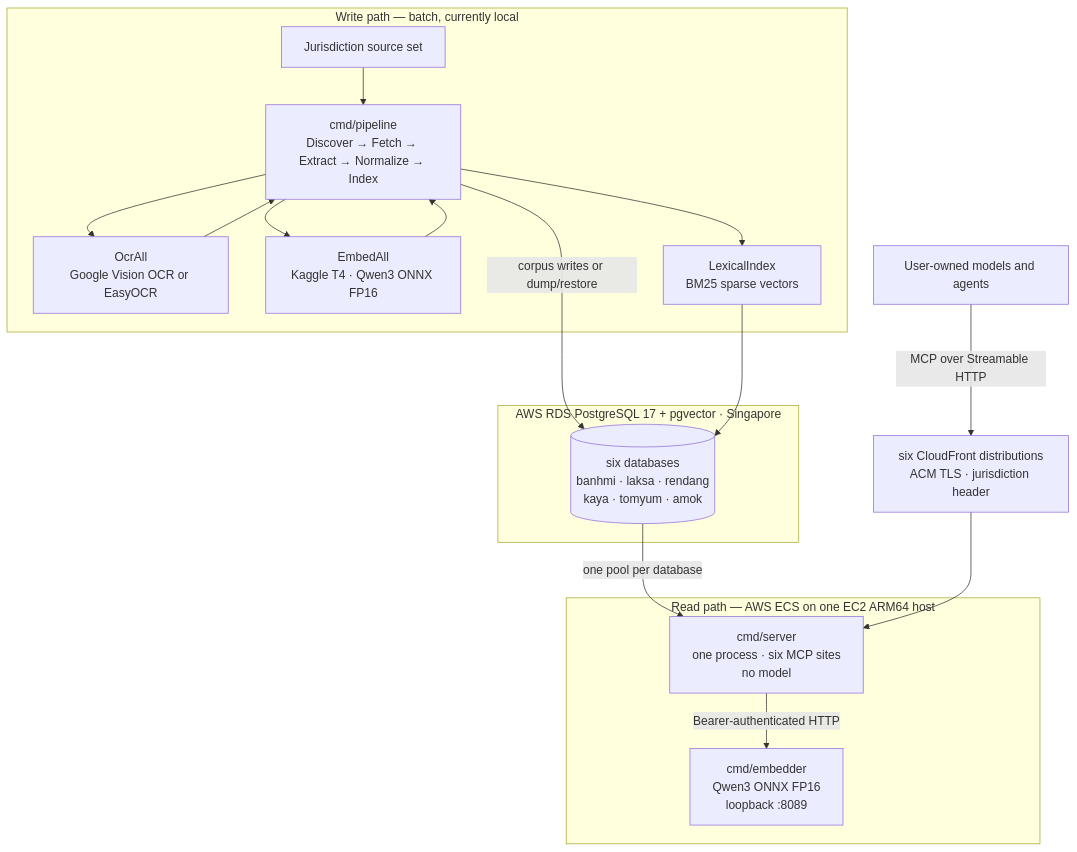
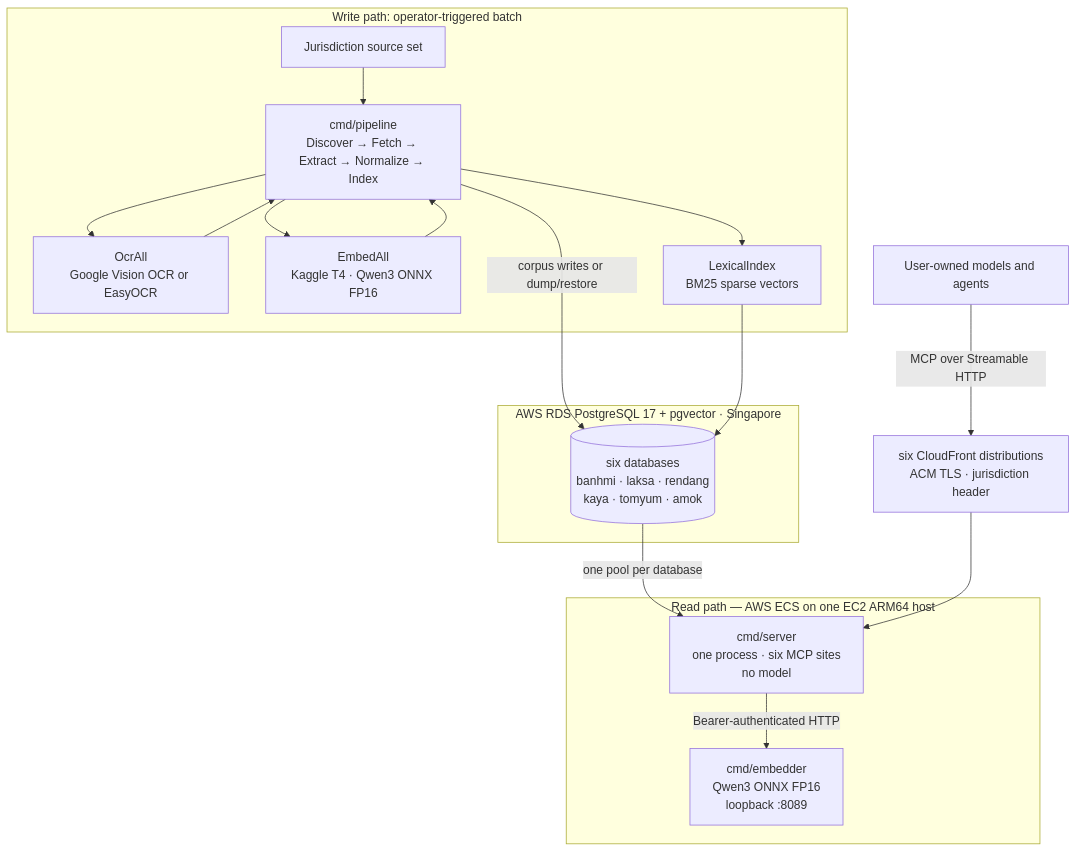
Before and after one commit to dannyota/banhmi: the diagram in docs/ARCHITECTURE.md, drawn with Mermaid. The commit also changed other lines of this file and 31 other files, not shown here.

````diff
--- a/docs/ARCHITECTURE.md
+++ b/docs/ARCHITECTURE.md
@@ -33,28 +33,28 @@
 ```mermaid
 flowchart TB
-  subgraph WRITE["Write path — batch, currently local"]
+  subgraph WRITE["Write path: operator-triggered batch"]
     SRC["Jurisdiction source set"] --> PIPE["cmd/pipeline<br/>Discover → Fetch → Extract → Normalize → Index"]
     PIPE --> OCR["OcrAll<br/>Google Vision OCR or EasyOCR"]
     PIPE --> BULK["EmbedAll<br/>Kaggle T4 · Qwen3 ONNX FP16"]
     PIPE --> LEX["LexicalIndex<br/>BM25 sparse vectors"]
   end
 
   subgraph DATA["AWS RDS PostgreSQL 17 + pgvector · Singapore"]
     DBS[("six databases<br/>banhmi · laksa · rendang<br/>kaya · tomyum · amok")]
   end
 
   PIPE -->|"corpus writes or dump/restore"| DBS
   OCR --> PIPE
   BULK --> PIPE
   LEX --> DBS
 
   subgraph READ["Read path — AWS ECS on one EC2 ARM64 host"]
     MCP["cmd/server<br/>one process · six MCP sites<br/>no model"]
     EMB["cmd/embedder<br/>Qwen3 ONNX FP16<br/>loopback :8089"]
     MCP -->|"Bearer-authenticated HTTP"| EMB
   end
 
   DBS -->|"one pool per database"| MCP
   CF["six CloudFront distributions<br/>ACM TLS · jurisdiction header"] --> MCP
   AGENT["User-owned models and agents"] -->|"MCP over Streamable HTTP"| CF
 ```
````
